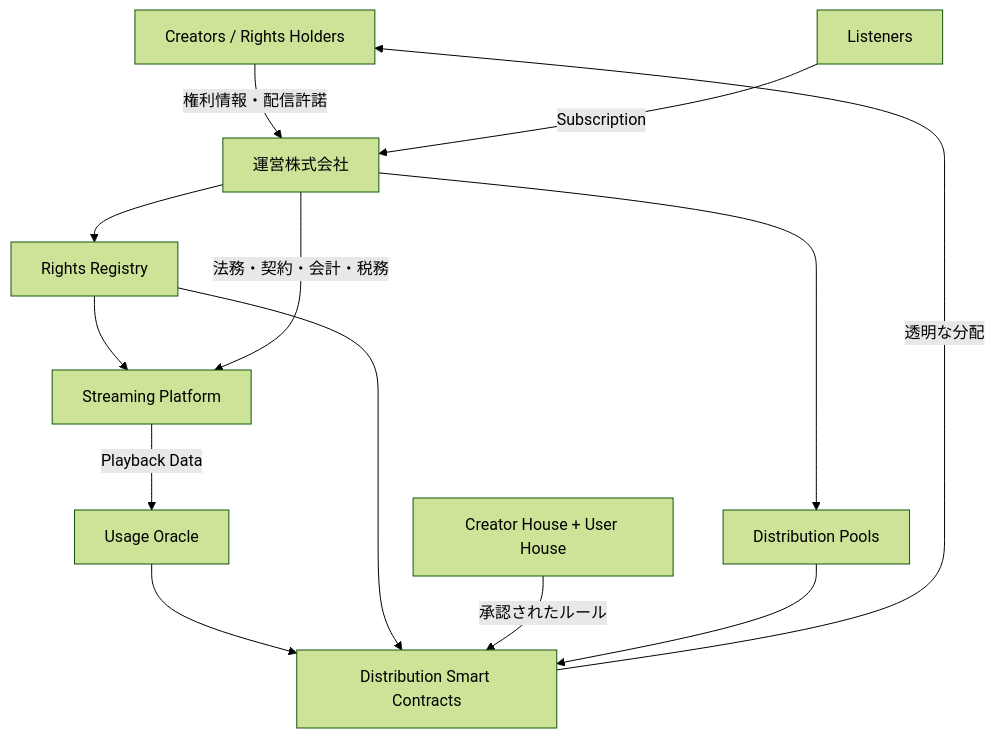
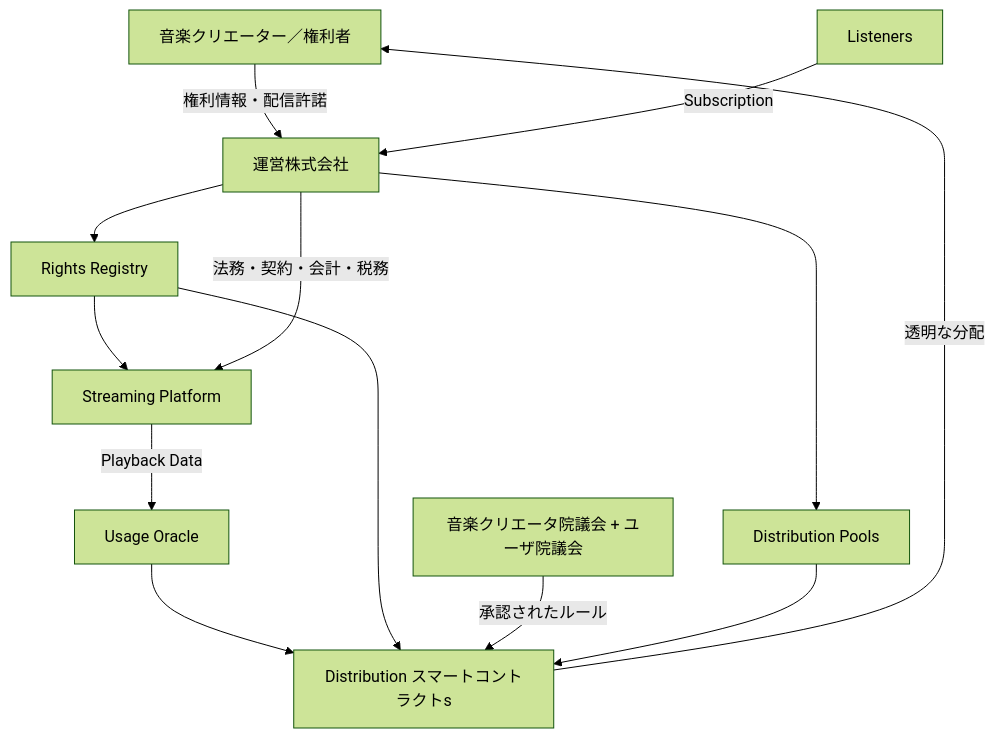
Before and after one commit to ShigeichiroYamasaki/creator-first-platform: diagram 16 of 17 in docs/whitepaper/03-rights-and-money.md, drawn with Mermaid (forest theme). The commit also changed other lines of this file and 67 other files, not shown here.

````diff
--- a/docs/whitepaper/03-rights-and-money.md
+++ b/docs/whitepaper/03-rights-and-money.md
@@ -383,25 +383,25 @@
 ```mermaid
 flowchart TD
-    CREATOR[Creators / Rights Holders]
+    CREATOR[音楽クリエーター／権利者]
     USER[Listeners]
     CORP[運営株式会社]
     RIGHTS[Rights Registry]
     DSP[Streaming Platform]
     ORACLE[Usage Oracle]
-    GOV[Creator House + User House]
-    SC[Distribution Smart Contracts]
+    GOV[音楽クリエータ院議会 + ユーザ院議会]
+    SC[Distribution スマートコントラクトs]
     MONEY[Distribution Pools]
 
     CREATOR -->|権利情報・配信許諾| CORP
     CORP --> RIGHTS
     RIGHTS --> DSP
     USER -->|Subscription| CORP
     DSP -->|Playback Data| ORACLE
     ORACLE --> SC
     RIGHTS --> SC
     GOV -->|承認されたルール| SC
     CORP --> MONEY
     MONEY --> SC
     SC -->|透明な分配| CREATOR
     CORP -->|法務・契約・会計・税務| DSP
 ```
````
